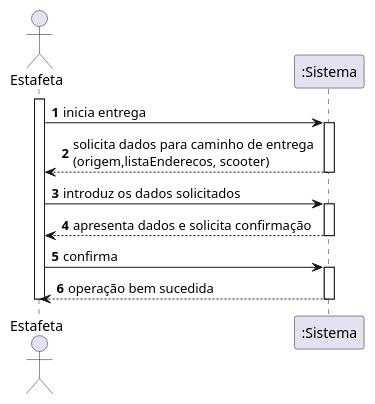
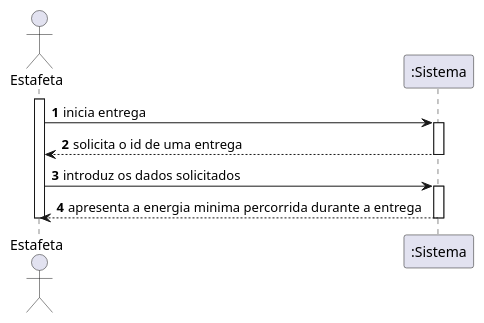
One commit to pedrolemos4/LAPR3 changed the diagram in docs/UC22/IniciaEntregaSSD.puml. Above: the diagram before and after it, drawn with PlantUML. The commit also changed 3 other files, not shown here.

```diff
--- a/docs/UC22/IniciaEntregaSSD.puml
+++ b/docs/UC22/IniciaEntregaSSD.puml
@@ -1,22 +1,17 @@
 @startuml
 autonumber
 actor "Estafeta" as EST
 
 activate EST
 EST -> ":Sistema" : inicia entrega 
 activate ":Sistema"
-":Sistema" --> EST : solicita dados para caminho de entrega \n(origem,listaEnderecos, scooter)
+":Sistema" --> EST : solicita o id de uma entrega
 deactivate ":Sistema"
 
 EST -> ":Sistema" : introduz os dados solicitados
 activate ":Sistema"
-":Sistema" --> EST : apresenta dados e solicita confirmação
-deactivate ":Sistema"
-
-EST -> ":Sistema" : confirma
-activate ":Sistema"
-":Sistema" --> EST : operação bem sucedida
+":Sistema" --> EST : apresenta a energia minima percorrida durante a entrega
 deactivate ":Sistema"
 
 deactivate EST
 @enduml
```
